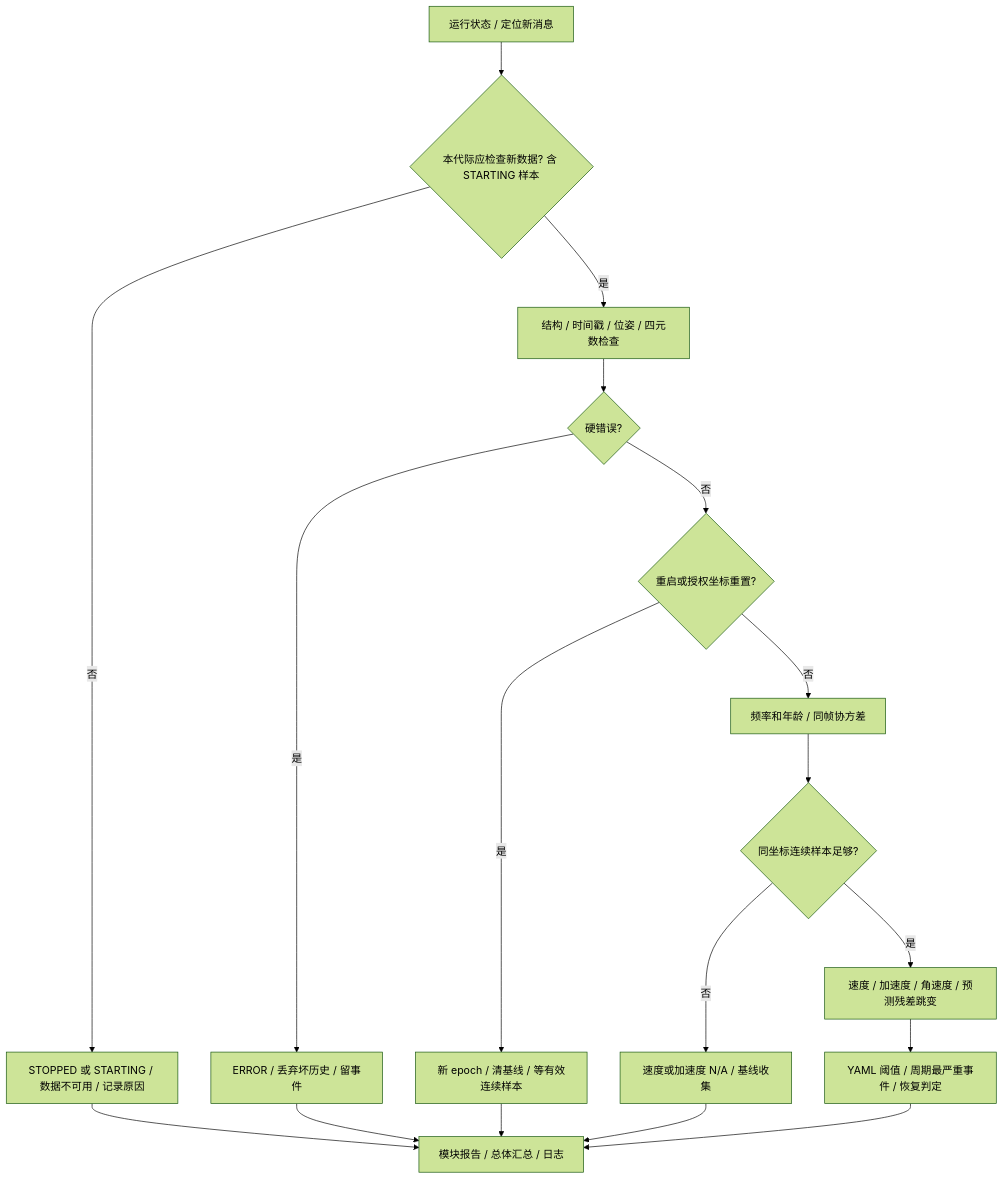
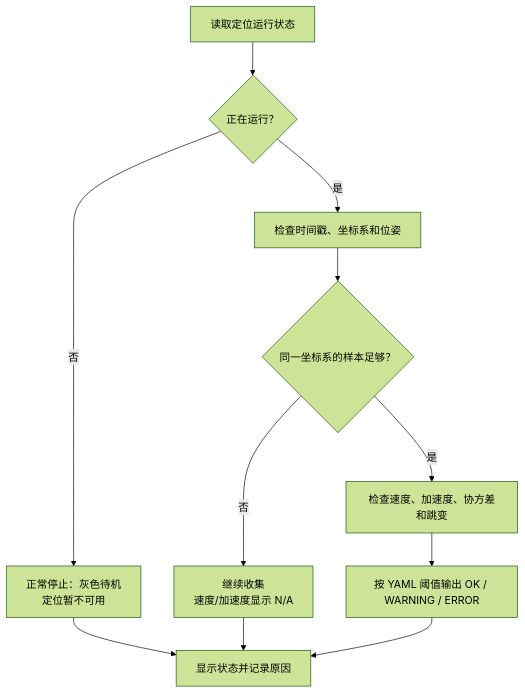
One commit to spacethroughing/Robot-Data-Health-Monitoring-Module changed the diagram in FAST_LIO/doc/ros1_workspace/flowcharts/health_v2_localization_flow.mmd. Above: the diagram before and after it, drawn with Mermaid (forest theme). The commit also changed 41 other files, not shown here.

Commit message:
docs: simplify health monitoring diagrams and wording

```diff
--- a/FAST_LIO/doc/ros1_workspace/flowcharts/health_v2_localization_flow.mmd
+++ b/FAST_LIO/doc/ros1_workspace/flowcharts/health_v2_localization_flow.mmd
@@ -1,18 +1,11 @@
 flowchart TD
-  A[运行状态 / 定位新消息] --> B{本代际应检查新数据? 含 STARTING 样本}
-  B -- 否 --> N[STOPPED 或 STARTING / 数据不可用 / 记录原因]
-  B -- 是 --> C[结构 / 时间戳 / 位姿 / 四元数检查]
-  C --> D{硬错误?}
-  D -- 是 --> E[ERROR / 丢弃坏历史 / 留事件]
-  D -- 否 --> F{重启或授权坐标重置?}
-  F -- 是 --> R[新 epoch / 清基线 / 等有效连续样本]
-  F -- 否 --> G[频率和年龄 / 同帧协方差]
-  G --> H{同坐标连续样本足够?}
-  H -- 否 --> I[速度或加速度 N/A / 基线收集]
-  H -- 是 --> J[速度 / 加速度 / 角速度 / 预测残差跳变]
-  J --> K[YAML 阈值 / 周期最严重事件 / 恢复判定]
-  N --> Z[模块报告 / 总体汇总 / 日志]
-  E --> Z
-  R --> Z
-  I --> Z
-  K --> Z
+  A[读取定位运行状态] --> B{正在运行？}
+  B -- 否 --> G[正常停止：灰色待机<br/>定位暂不可用]
+  B -- 是 --> C[检查时间戳、坐标系和位姿]
+  C --> D{同一坐标系的样本足够？}
+  D -- 否 --> I[继续收集<br/>速度/加速度显示 N/A]
+  D -- 是 --> E[检查速度、加速度、协方差和跳变]
+  E --> F[按 YAML 阈值输出 OK / WARNING / ERROR]
+  F --> H[显示状态并记录原因]
+  G --> H
+  I --> H
```
